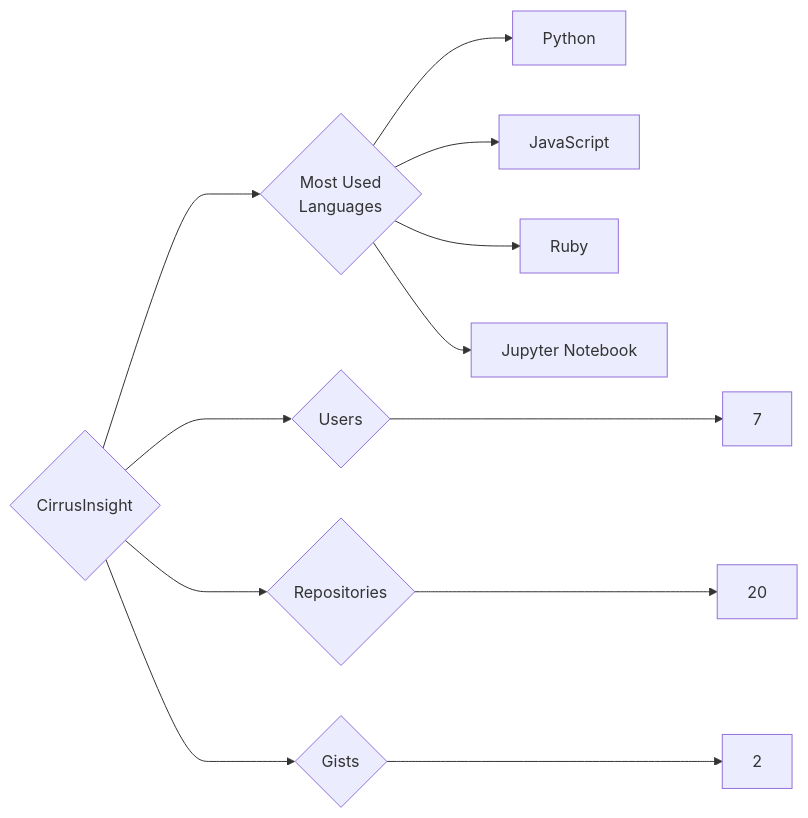
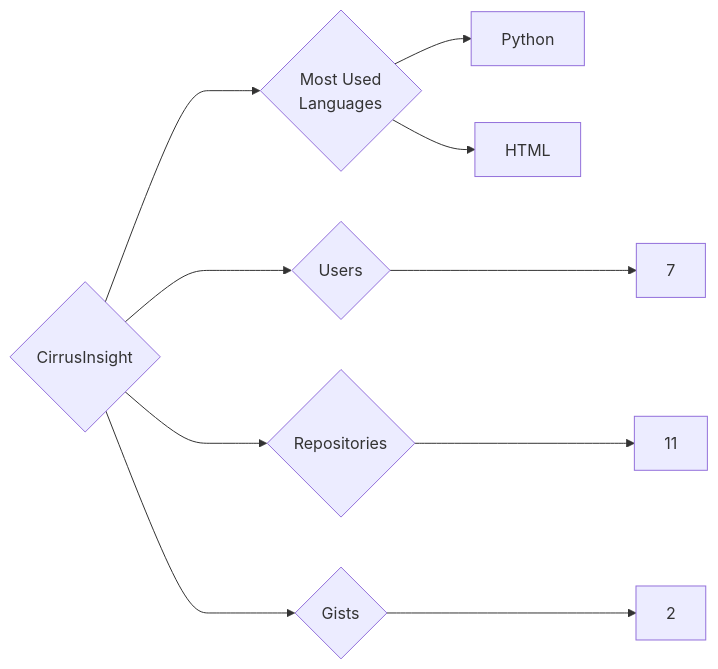
Before and after one commit to trickest/insiders: the diagram in targets/CirrusInsight/README.md, drawn with Mermaid. The commit also changed 998 other files, not shown here.

````diff
--- a/targets/CirrusInsight/README.md
+++ b/targets/CirrusInsight/README.md
@@ -3,12 +3,10 @@
 ```mermaid
 graph LR
 COMPANY_NAME{CirrusInsight}
 COMPANY_NAME ---> U{Users} ---> UN[7]
-COMPANY_NAME ---> R{Repositories} ---> RN[20]
+COMPANY_NAME ---> R{Repositories} ---> RN[11]
 COMPANY_NAME ---> G{Gists} ---> GN[2]
 COMPANY_NAME ---> ML{Most Used<br>Languages}
 ML --> Python[Python]
-ML --> JavaScript[JavaScript]
-ML --> Ruby[Ruby]
-ML --> Jupyter_Notebook[Jupyter Notebook]
+ML --> HTML[HTML]
 ```
````
